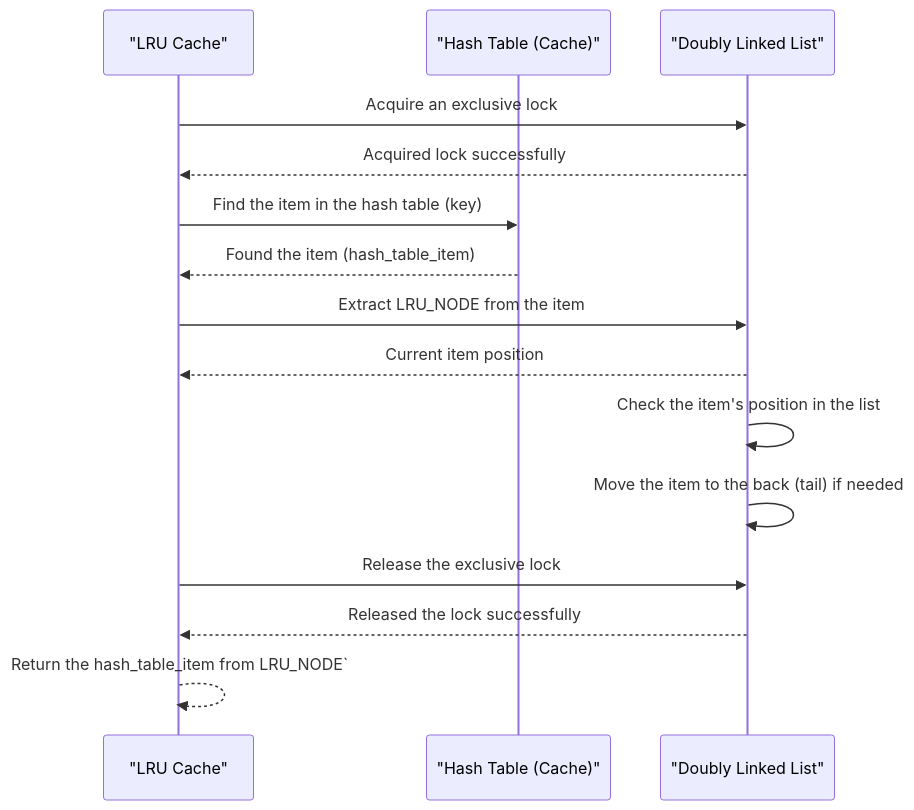
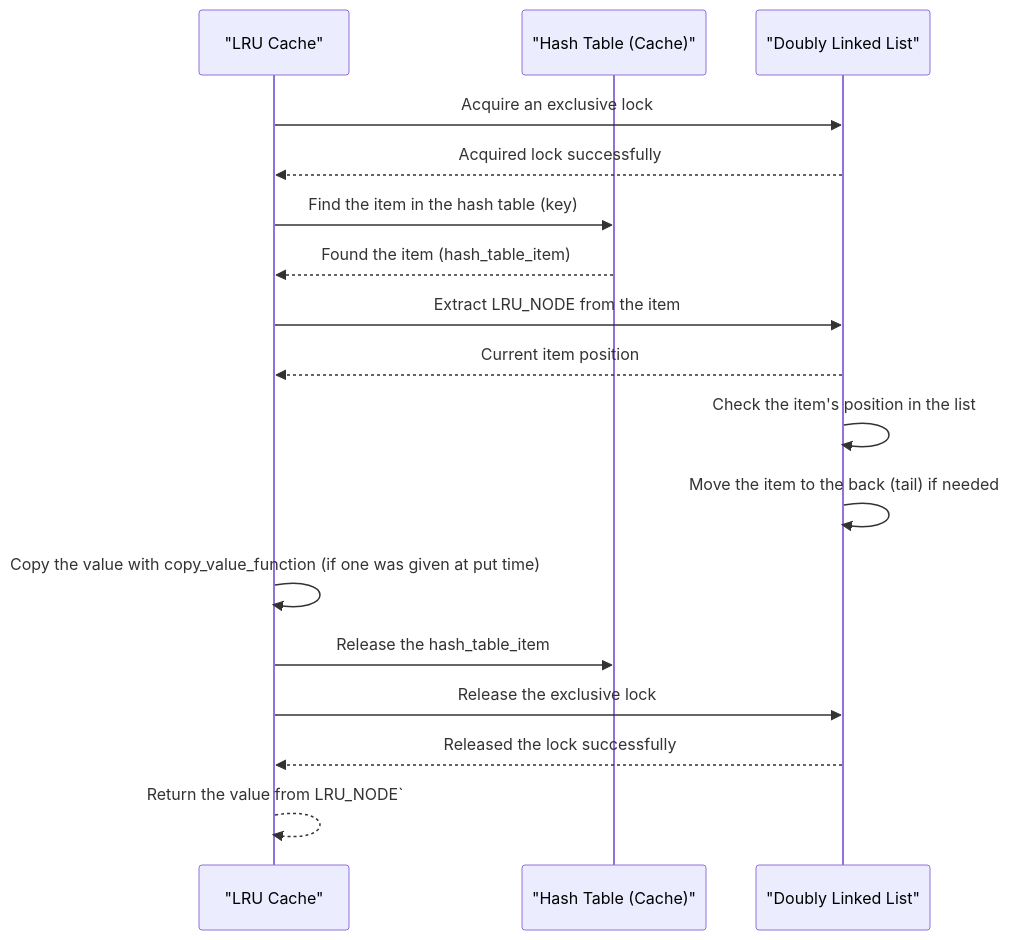
Before and after one commit to Azure/clds: the third of 3 diagrams in devdoc/lru_cache_design.md, drawn with Mermaid. The commit also changed other lines of this file and 5 other files, not shown here.

First line of the commit message:
Make lru_cache_get return a value the caller owns

````diff
--- a/devdoc/lru_cache_design.md
+++ b/devdoc/lru_cache_design.md
@@ -128,17 +130,19 @@
 ```mermaid
 sequenceDiagram
     participant Cache as "LRU Cache"
     participant HashTable as "Hash Table (Cache)"
     participant LRUList as "Doubly Linked List"    
     Cache ->> LRUList: Acquire an exclusive lock
     LRUList -->> Cache: Acquired lock successfully
     Cache ->> HashTable: Find the item in the hash table (key)
     HashTable -->> Cache: Found the item (hash_table_item)
     Cache ->> LRUList: Extract LRU_NODE from the item
     LRUList -->> Cache: Current item position
     LRUList ->> LRUList: Check the item's position in the list
     LRUList ->> LRUList: Move the item to the back (tail) if needed
+    Cache ->> Cache: Copy the value with copy_value_function (if one was given at put time)
+    Cache ->> HashTable: Release the hash_table_item
     Cache ->> LRUList: Release the exclusive lock
     LRUList -->> Cache: Released the lock successfully
-    Cache -->> Cache: Return the hash_table_item from LRU_NODE` 
+    Cache -->> Cache: Return the value from LRU_NODE` 
 ```
````
